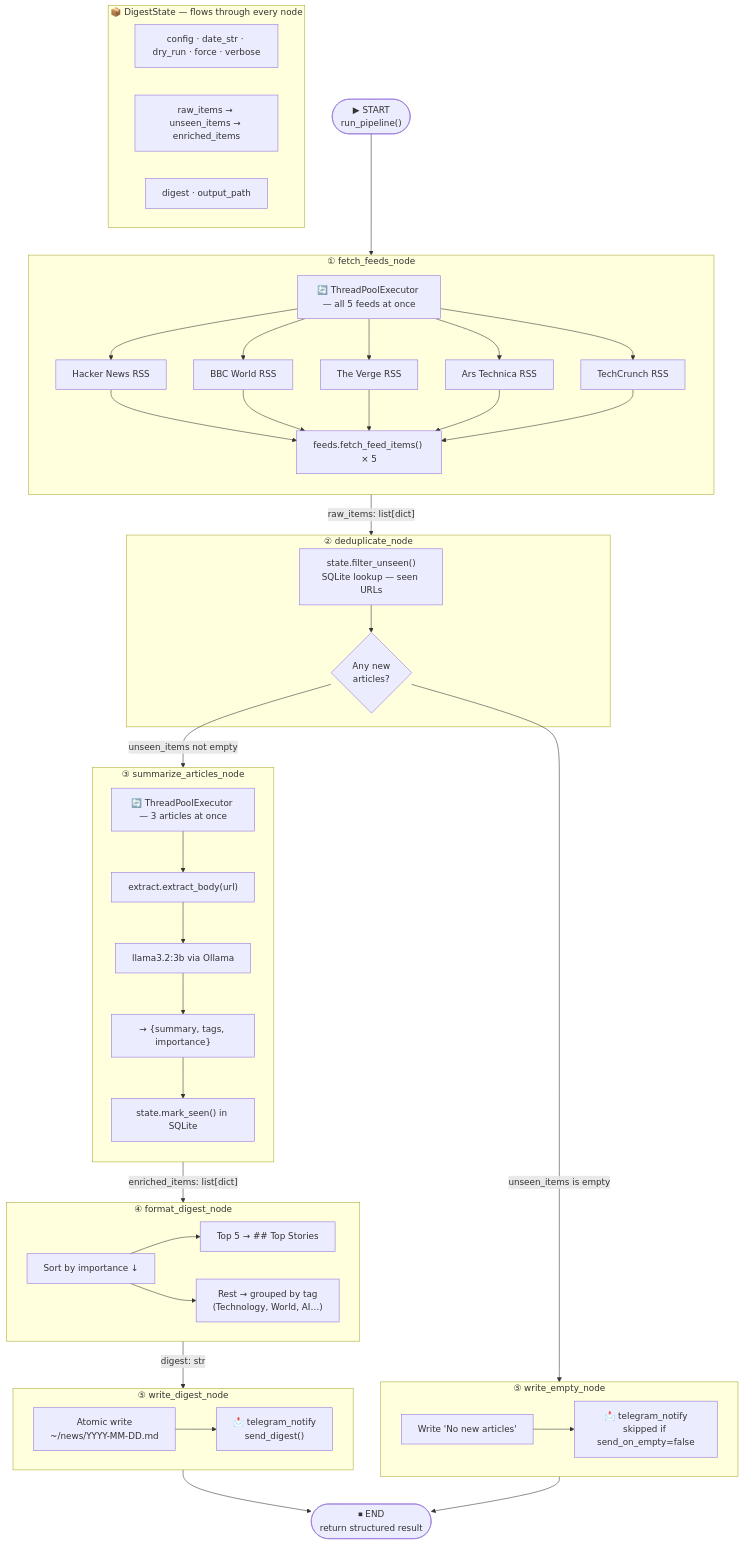
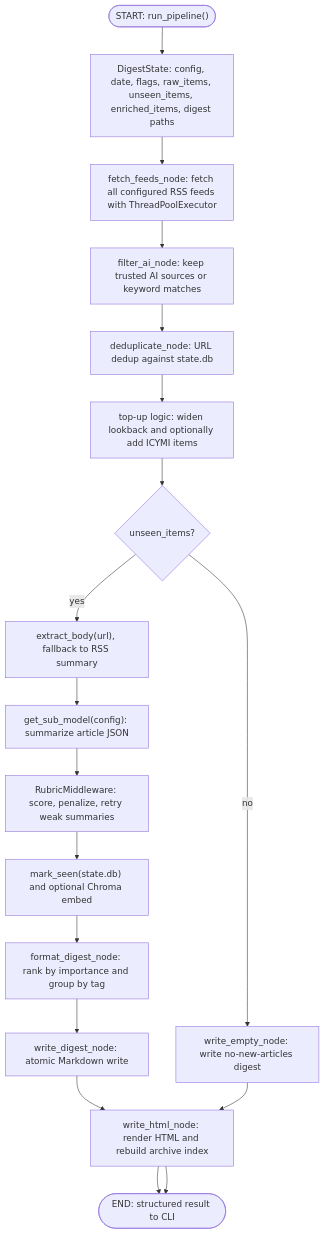
One commit to Harshagarwal06/buddy_agent changed the first of 3 diagrams in DIAGRAM.md. Above: the diagram before and after it, drawn with Mermaid. The commit also changed other lines of this file and 7 other files, not shown here.

Commit message:
Document current News Buddy pipeline

````diff
--- a/DIAGRAM.md
+++ b/DIAGRAM.md
@@ -5,69 +7,26 @@
 ```mermaid
 flowchart TD
-    START(["▶ START\nrun_pipeline()"])
+    START(["START: run_pipeline()"])
 
-    subgraph STATE["📦 DigestState — flows through every node"]
-        direction LR
-        S1["config · date_str · dry_run · force · verbose"]
-        S2["raw_items → unseen_items → enriched_items"]
-        S3["digest · output_path"]
-    end
+    STATE["DigestState: config, date, flags, raw_items, unseen_items, enriched_items, digest paths"]
 
-    subgraph FETCH["① fetch_feeds_node"]
-        direction TB
-        F1["🔄 ThreadPoolExecutor — all 5 feeds at once"]
-        F2["Hacker News RSS"]
-        F3["BBC World RSS"]
-        F4["The Verge RSS"]
-        F5["Ars Technica RSS"]
-        F6["TechCrunch RSS"]
-        F7["feeds.fetch_feed_items() × 5"]
-        F1 --> F2 & F3 & F4 & F5 & F6 --> F7
-    end
+    FETCH["fetch_feeds_node: fetch all configured RSS feeds with ThreadPoolExecutor"]
+    FILTER["filter_ai_node: keep trusted AI sources or keyword matches"]
+    DEDUP["deduplicate_node: URL dedup against state.db"]
+    TOPUP["top-up logic: widen lookback and optionally add ICYMI items"]
+    ROUTE{"unseen_items?"}
 
-    subgraph DEDUP["② deduplicate_node"]
-        D1["state.filter_unseen()\nSQLite lookup — seen URLs"]
-        D2{"Any new\narticles?"}
-        D1 --> D2
-    end
+    EXTRACT["extract_body(url), fallback to RSS summary"]
+    SUMMARIZE["get_sub_model(config): summarize article JSON"]
+    RUBRIC["RubricMiddleware: score, penalize, retry weak summaries"]
+    PERSIST["mark_seen(state.db) and optional Chroma embed"]
+    FORMAT["format_digest_node: rank by importance and group by tag"]
+    WRITE_MD["write_digest_node: atomic Markdown write"]
+    WRITE_EMPTY["write_empty_node: write no-new-articles digest"]
+    WRITE_HTML["write_html_node: render HTML and rebuild archive index"]
+    END(["END: structured result to CLI"])
 
-    subgraph SUMM["③ summarize_articles_node"]
-        direction TB
-        S_1["🔄 ThreadPoolExecutor — 3 articles at once"]
-        S_2["extract.extract_body(url)"]
-        S_3["llama3.2:3b via Ollama"]
-        S_4["→ {summary, tags, importance}"]
-        S_5["state.mark_seen() in SQLite"]
-        S_1 --> S_2 --> S_3 --> S_4 --> S_5
-    end
-
-    subgraph FORMAT["④ format_digest_node"]
-        FM1["Sort by importance ↓"]
-        FM2["Top 5 → ## Top Stories"]
-        FM3["Rest → grouped by tag\n(Technology, World, AI…)"]
-        FM1 --> FM2 & FM3
-    end
-
-    subgraph WRITE["⑤ write_digest_node"]
-        W1["Atomic write\n~/news/YYYY-MM-DD.md"]
-        W2["📩 telegram_notify\nsend_digest()"]
-        W1 --> W2
-    end
-
-    subgraph EMPTY["⑤ write_empty_node"]
-        E1["Write 'No new articles'"]
-        E2["📩 telegram_notify\nskipped if send_on_empty=false"]
-        E1 --> E2
-    end
-
-    END(["⏹ END\nreturn structured result"])
-
-    START --> FETCH
-    FETCH -->|"raw_items: list[dict]"| DEDUP
-    D2 -->|"unseen_items not empty"| SUMM
-    D2 -->|"unseen_items is empty"| EMPTY
-    SUMM -->|"enriched_items: list[dict]"| FORMAT
-    FORMAT -->|"digest: str"| WRITE
-    WRITE --> END
-    EMPTY --> END
+    START --> STATE --> FETCH --> FILTER --> DEDUP --> TOPUP --> ROUTE
+    ROUTE -- "yes" --> EXTRACT --> SUMMARIZE --> RUBRIC --> PERSIST --> FORMAT --> WRITE_MD --> WRITE_HTML --> END
+    ROUTE -- "no" --> WRITE_EMPTY --> WRITE_HTML --> END
 ```
````
